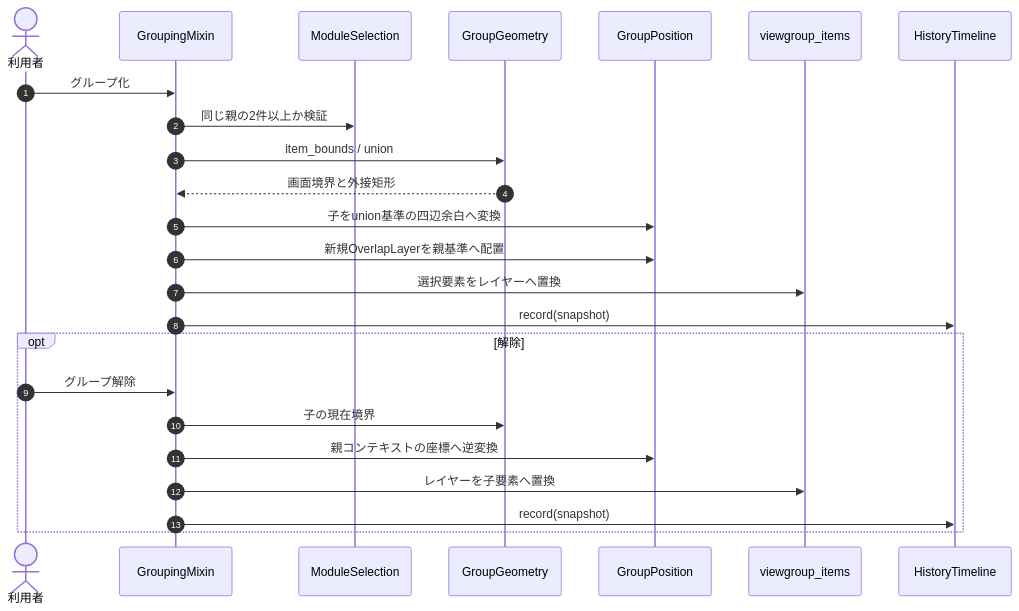
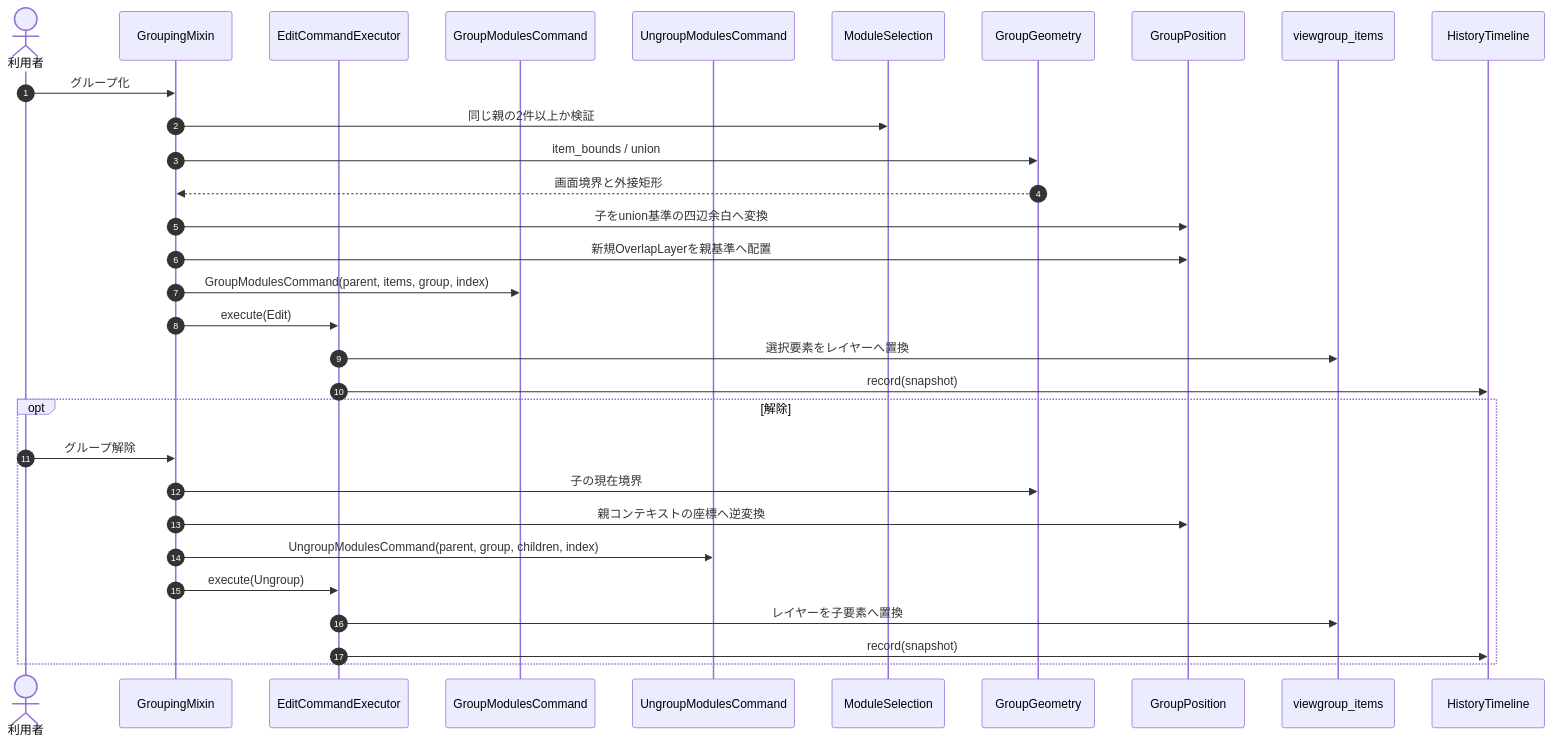
Before and after one commit to k014c1287/klwp_pc_editor: diagram 21 of 25 in doc/KLWPエディタ_設計仕様.md, drawn with Mermaid. The commit also changed other lines of this file and 60 other files, not shown here.

````diff
--- a/doc/KLWPエディタ_設計仕様.md
+++ b/doc/KLWPエディタ_設計仕様.md
@@ -1385,27 +1417,34 @@
 ```mermaid
 sequenceDiagram
     autonumber
     actor User as 利用者
     participant Commands as GroupingMixin
+    participant Executor as EditCommandExecutor
+    participant Edit as GroupModulesCommand
+    participant Ungroup as UngroupModulesCommand
     participant Selection as ModuleSelection
     participant Geometry as GroupGeometry
     participant Position as GroupPosition
     participant Items as viewgroup_items
     participant History as HistoryTimeline
 
     User->>Commands: グループ化
     Commands->>Selection: 同じ親の2件以上か検証
     Commands->>Geometry: item_bounds / union
     Geometry-->>Commands: 画面境界と外接矩形
     Commands->>Position: 子をunion基準の四辺余白へ変換
     Commands->>Position: 新規OverlapLayerを親基準へ配置
-    Commands->>Items: 選択要素をレイヤーへ置換
-    Commands->>History: record(snapshot)
+    Commands->>Edit: GroupModulesCommand(parent, items, group, index)
+    Commands->>Executor: execute(Edit)
+    Executor->>Items: 選択要素をレイヤーへ置換
+    Executor->>History: record(snapshot)
     opt 解除
         User->>Commands: グループ解除
         Commands->>Geometry: 子の現在境界
         Commands->>Position: 親コンテキストの座標へ逆変換
-        Commands->>Items: レイヤーを子要素へ置換
-        Commands->>History: record(snapshot)
+        Commands->>Ungroup: UngroupModulesCommand(parent, group, children, index)
+        Commands->>Executor: execute(Ungroup)
+        Executor->>Items: レイヤーを子要素へ置換
+        Executor->>History: record(snapshot)
     end
 ```
````
